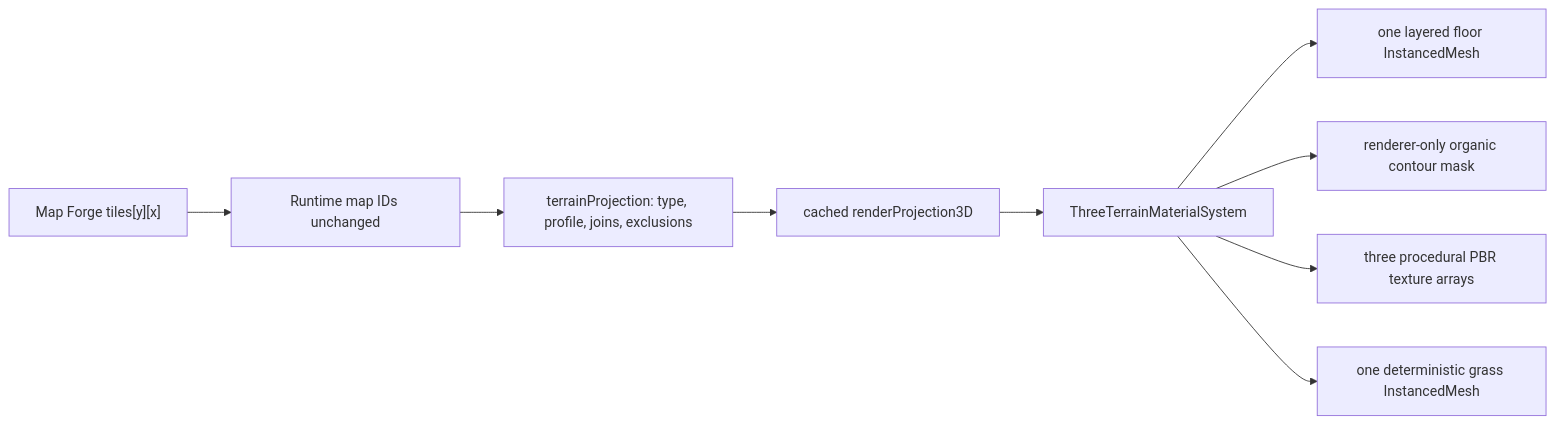
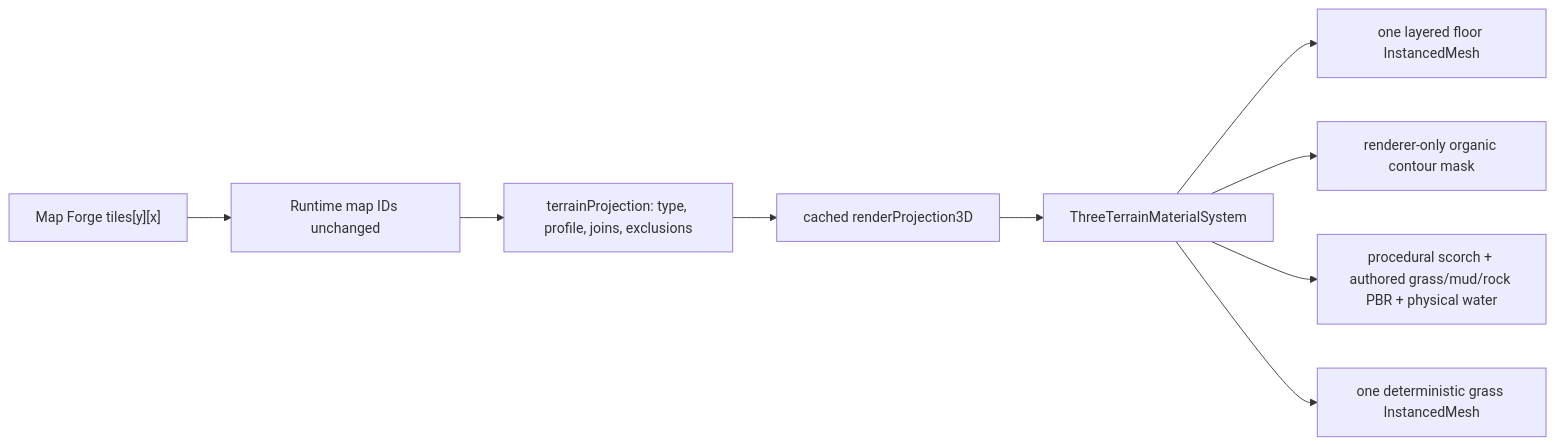
Before and after one commit to smitf81/ai-pipeline: the diagram in _A_Projects/BLACK_SKY_BOUND_V2/docs/TERRAIN_MATERIAL_FOUNDATION_COMPLETION.md, drawn with Mermaid. The commit also changed other lines of this file and 428 other files, not shown here.

````diff
--- a/_A_Projects/BLACK_SKY_BOUND_V2/docs/TERRAIN_MATERIAL_FOUNDATION_COMPLETION.md
+++ b/_A_Projects/BLACK_SKY_BOUND_V2/docs/TERRAIN_MATERIAL_FOUNDATION_COMPLETION.md
@@ -32,11 +32,11 @@
 ```mermaid
 flowchart LR
   A["Map Forge tiles[y][x]"] --> B["Runtime map IDs unchanged"]
   B --> C["terrainProjection: type, profile, joins, exclusions"]
   C --> D["cached renderProjection3D"]
   D --> E["ThreeTerrainMaterialSystem"]
   E --> F["one layered floor InstancedMesh"]
   E --> G["renderer-only organic contour mask"]
-  E --> H["three procedural PBR texture arrays"]
+  E --> H["procedural scorch + authored grass/mud/rock PBR + physical water"]
   E --> I["one deterministic grass InstancedMesh"]
 ```
````
